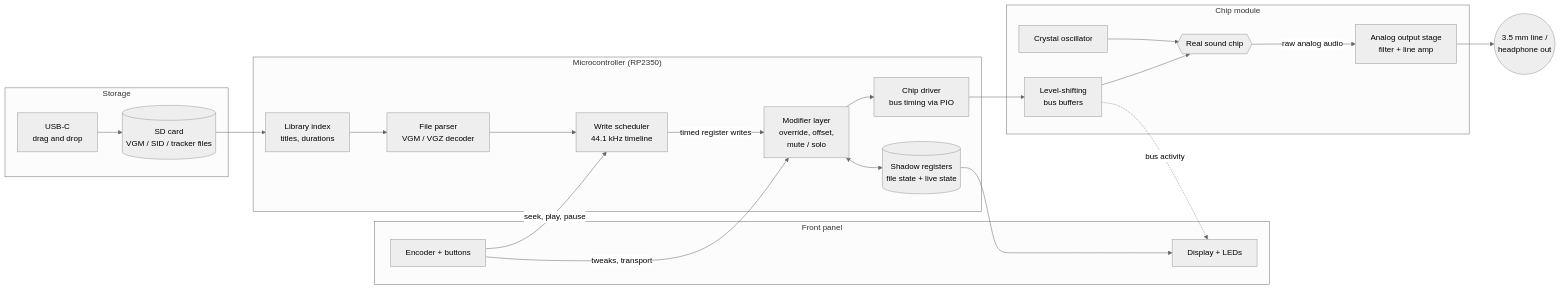
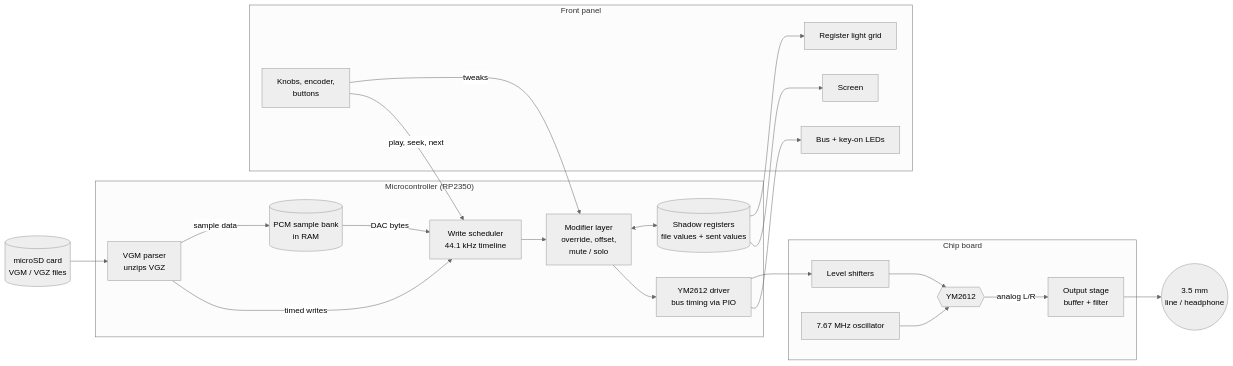
One commit to ctrlvlts-000/Vintage-Sound-Chip-Player changed the diagram in docs/DESIGN.md. Above: the diagram before and after it, drawn with Mermaid (neutral theme). The commit also changed other lines of this file, not shown here.

````diff
--- a/docs/DESIGN.md
+++ b/docs/DESIGN.md
@@ -101,42 +61,44 @@
 ```mermaid
 flowchart LR
-    subgraph Storage
-        SD[(SD card<br/>VGM / SID / tracker files)]
-        USB[USB-C<br/>drag and drop]
-    end
+    SD[(microSD card<br/>VGM / VGZ files)]
 
     subgraph MCU["Microcontroller (RP2350)"]
-        LIB[Library index<br/>titles, durations]
-        PARSE[File parser<br/>VGM / VGZ decoder]
+        PARSE[VGM parser<br/>unzips VGZ]
+        PCM[(PCM sample bank<br/>in RAM)]
         SCHED[Write scheduler<br/>44.1 kHz timeline]
         MOD[Modifier layer<br/>override, offset,<br/>mute / solo]
-        SHADOW[(Shadow registers<br/>file state + live state)]
-        DRV[Chip driver<br/>bus timing via PIO]
+        SHADOW[(Shadow registers<br/>file values + sent values)]
+        DRV[YM2612 driver<br/>bus timing via PIO]
     end
 
     subgraph Panel["Front panel"]
-        CTRL[Encoder + buttons]
-        UI[Display + LEDs]
+        CTRL[Knobs, encoder,<br/>buttons]
+        SCREEN[Screen]
+        GRID[Register light grid]
+        BUSLED[Bus + key-on LEDs]
     end
 
-    subgraph ChipModule["Chip module"]
-        BUF[Level-shifting<br/>bus buffers]
-        CHIP{{Real sound chip}}
-        CLK[Crystal oscillator]
-        AOUT[Analog output stage<br/>filter + line amp]
+    subgraph Chip["Chip board"]
+        BUF[Level shifters]
+        YM{{YM2612}}
+        OSC[7.67 MHz oscillator]
+        AOUT[Output stage<br/>buffer + filter]
     end
 
-    OUT((3.5 mm line /<br/>headphone out))
+    OUT((3.5 mm<br/>line / headphone))
 
-    USB --> SD
-    SD --> LIB --> PARSE --> SCHED
-    SCHED -- "timed register writes" --> MOD
-    CTRL -- "tweaks, transport" --> MOD
-    CTRL -- "seek, play, pause" --> SCHED
+    SD --> PARSE
+    PARSE -- "sample data" --> PCM
+    PARSE -- "timed writes" --> SCHED
+    PCM -- "DAC bytes" --> SCHED
+    SCHED --> MOD
+    CTRL -- "tweaks" --> MOD
+    CTRL -- "play, seek, next" --> SCHED
     MOD <--> SHADOW
-    MOD --> DRV --> BUF --> CHIP
-    CLK --> CHIP
-    CHIP -- "raw analog audio" --> AOUT --> OUT
-    SHADOW --> UI
-    BUF -. "bus activity" .-> UI
+    MOD --> DRV --> BUF --> YM
+    OSC --> YM
+    YM -- "analog L/R" --> AOUT --> OUT
+    SHADOW --> GRID
+    SHADOW --> SCREEN
+    DRV --> BUSLED
 ```
````
